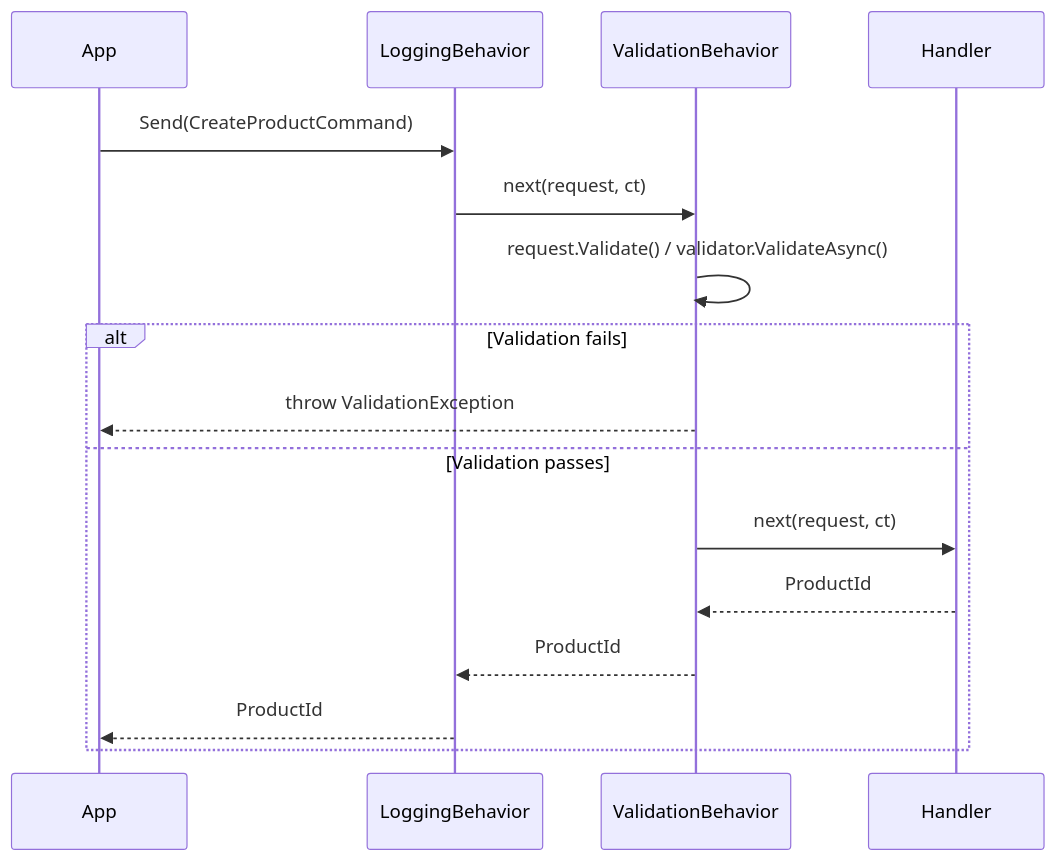
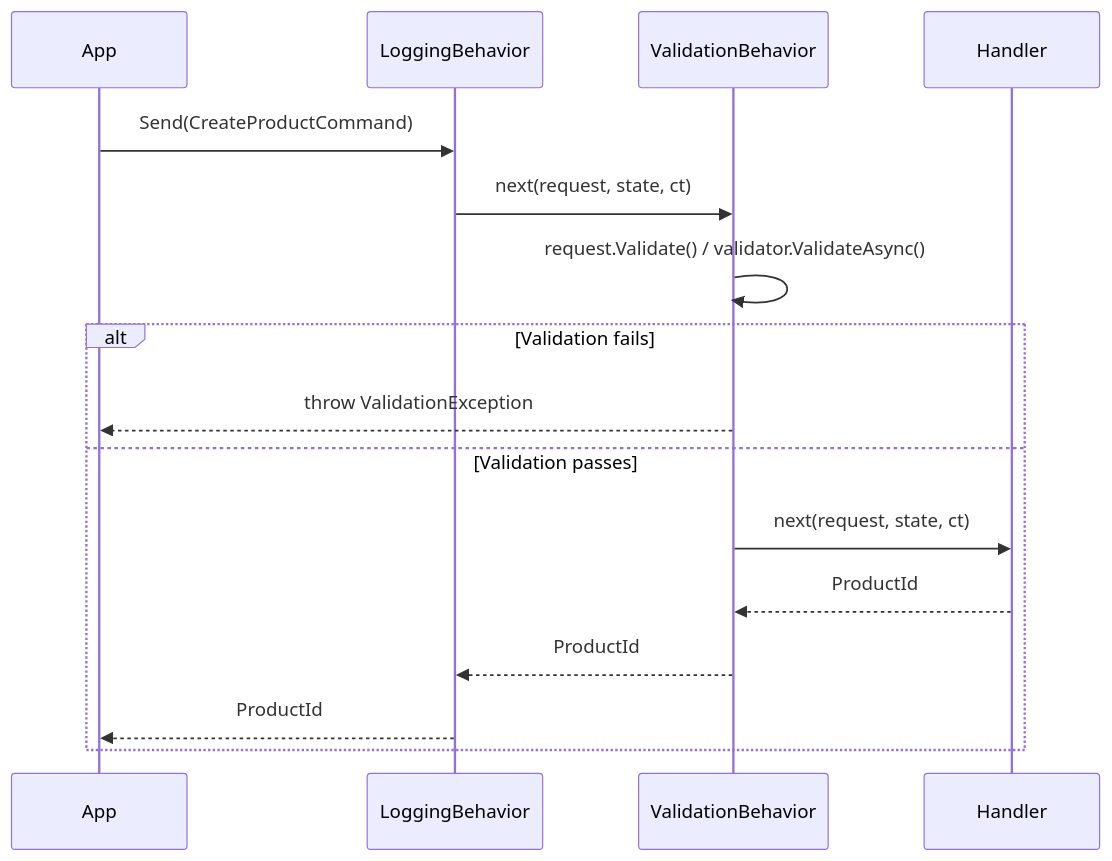
The diagram in docs/cookbook/03-validation-pipeline.md (ZeroAlloc-Net/ZeroAlloc.Mediator), drawn with Mermaid before and after one commit. The commit also changed other lines of this file and 81 other files, not shown here.

````diff
--- a/docs/cookbook/03-validation-pipeline.md
+++ b/docs/cookbook/03-validation-pipeline.md
@@ -200,19 +202,19 @@
 ```mermaid
 sequenceDiagram
     participant App
     participant LoggingBehavior
     participant ValidationBehavior
     participant Handler
 
     App->>LoggingBehavior: Send(CreateProductCommand)
-    LoggingBehavior->>ValidationBehavior: next(request, ct)
+    LoggingBehavior->>ValidationBehavior: next(request, state, ct)
     ValidationBehavior->>ValidationBehavior: request.Validate() / validator.ValidateAsync()
     alt Validation fails
         ValidationBehavior-->>App: throw ValidationException
     else Validation passes
-        ValidationBehavior->>Handler: next(request, ct)
+        ValidationBehavior->>Handler: next(request, state, ct)
         Handler-->>ValidationBehavior: ProductId
         ValidationBehavior-->>LoggingBehavior: ProductId
         LoggingBehavior-->>App: ProductId
     end
 ```
````
